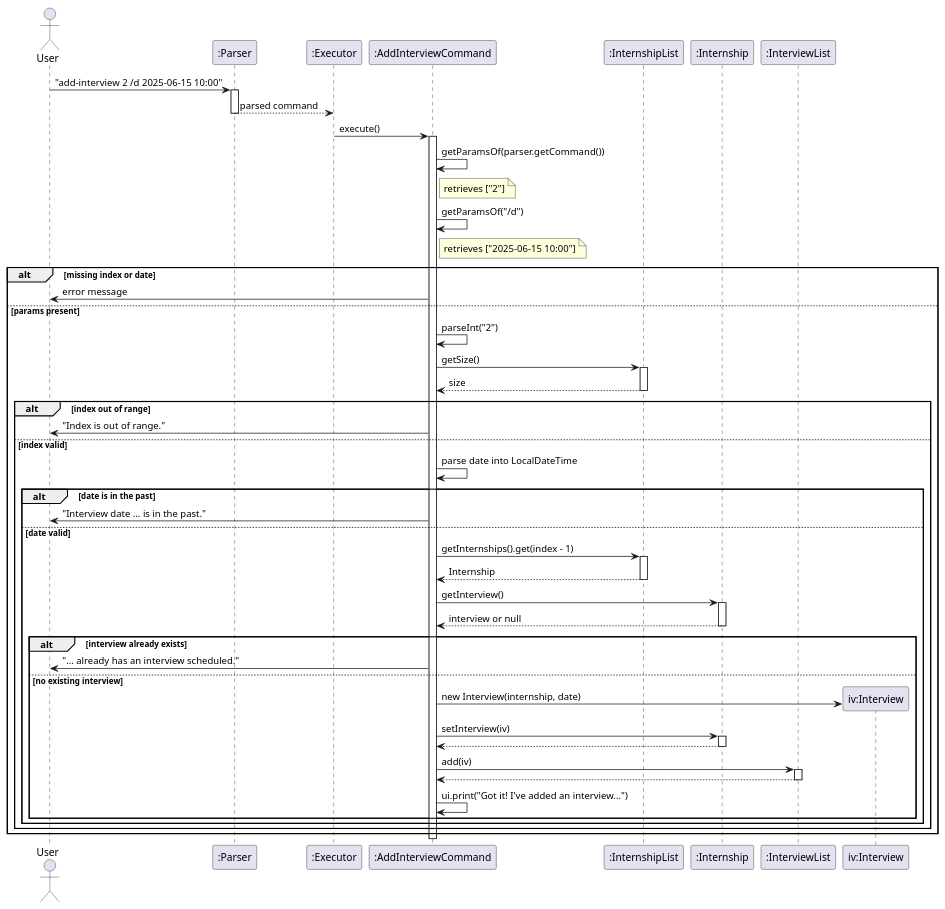
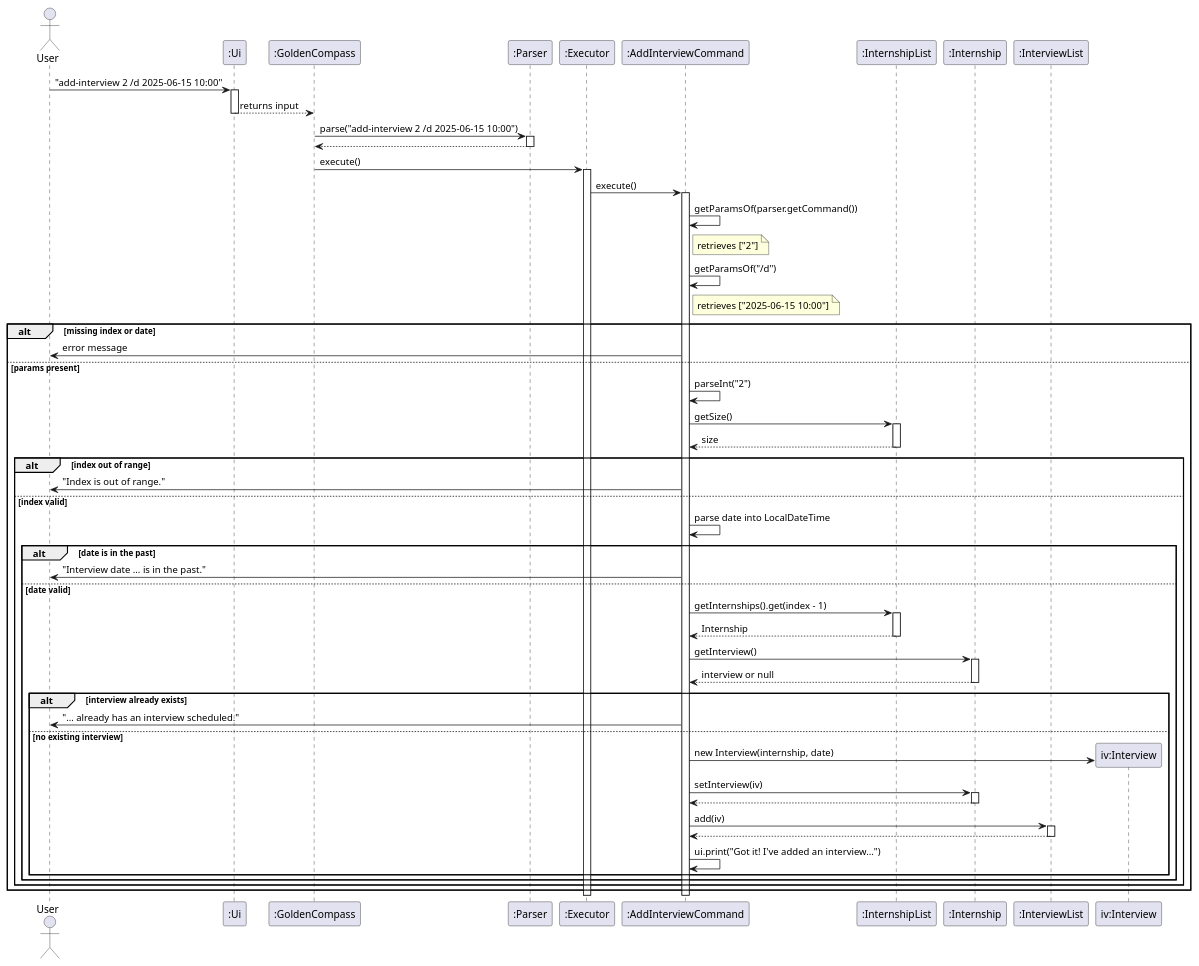
Before and after one commit to AY2526S2-CS2113-W10-4/tp: the diagram in docs/diagrams/AddInterviewSequenceDiagram.puml, drawn with PlantUML. The commit also changed 3 other files, not shown here.

First line of the commit message:
Fix diagram consistency: use text visibility icons and standardize sequence flow

```diff
--- a/docs/diagrams/AddInterviewSequenceDiagram.puml
+++ b/docs/diagrams/AddInterviewSequenceDiagram.puml
@@ -1,74 +1,84 @@
 @startuml
 actor User
+participant ":Ui" as Ui
+participant ":GoldenCompass" as GC
 participant ":Parser" as Parser
 participant ":Executor" as Executor
 participant ":AddInterviewCommand" as AIC
 participant ":InternshipList" as IL
 participant ":Internship" as Intern
 participant ":InterviewList" as IVL
 
-User -> Parser : "add-interview 2 /d 2025-06-15 10:00"
+User -> Ui : "add-interview 2 /d 2025-06-15 10:00"
+activate Ui
+Ui --> GC : returns input
+deactivate Ui
+
+GC -> Parser : parse("add-interview 2 /d 2025-06-15 10:00")
 activate Parser
-Parser --> Executor : parsed command
+Parser --> GC
 deactivate Parser
 
+GC -> Executor : execute()
+activate Executor
 Executor -> AIC : execute()
 activate AIC
 
 AIC -> AIC : getParamsOf(parser.getCommand())
 note right of AIC : retrieves ["2"]
 
 AIC -> AIC : getParamsOf("/d")
 note right of AIC : retrieves ["2025-06-15 10:00"]
 
 alt missing index or date
     AIC -> User : error message
 else params present
     AIC -> AIC : parseInt("2")
     AIC -> IL : getSize()
     activate IL
     IL --> AIC : size
     deactivate IL
 
     alt index out of range
         AIC -> User : "Index is out of range."
     else index valid
         AIC -> AIC : parse date into LocalDateTime
 
         alt date is in the past
             AIC -> User : "Interview date ... is in the past."
         else date valid
             AIC -> IL : getInternships().get(index - 1)
             activate IL
             IL --> AIC : Internship
             deactivate IL
 
             AIC -> Intern : getInterview()
             activate Intern
             Intern --> AIC : interview or null
             deactivate Intern
 
             alt interview already exists
                 AIC -> User : "... already has an interview scheduled."
             else no existing interview
                 create "iv:Interview" as IV
                 AIC -> IV : new Interview(internship, date)
 
                 AIC -> Intern : setInterview(iv)
                 activate Intern
                 Intern --> AIC
                 deactivate Intern
 
                 AIC -> IVL : add(iv)
                 activate IVL
                 IVL --> AIC
                 deactivate IVL
 
                 AIC -> AIC : ui.print("Got it! I've added an interview...")
             end
         end
     end
 end
 
 deactivate AIC
+deactivate Executor
 @enduml
```
